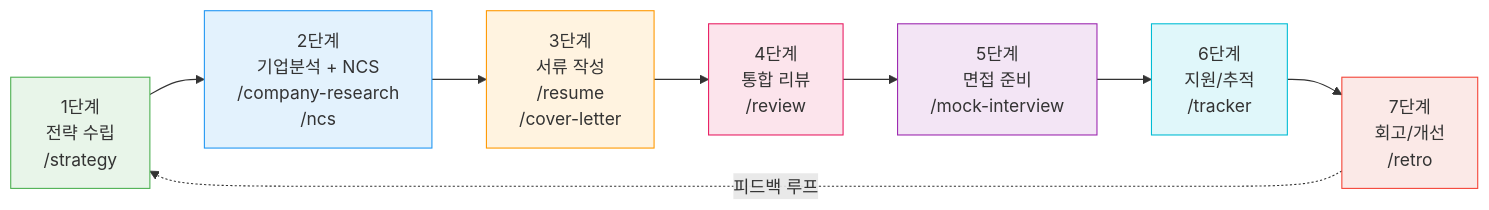
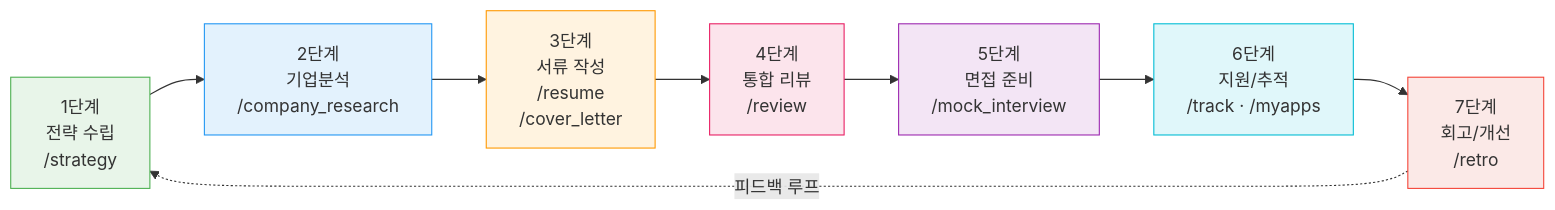
Before and after one commit to wogho/jobstack: the second of 3 diagrams in README.md, drawn with Mermaid. The commit also changed other lines of this file and 5 other files, not shown here.

First line of the commit message:
fix(skills): 리뷰 반영 — mock-interview 잔존 표기·README 명령 정책 정합·표기 lint 신설

````diff
--- a/README.md
+++ b/README.md
@@ -70,18 +70,18 @@
 ```mermaid
 graph LR
-    A["1단계<br/>전략 수립<br/>/strategy"]:::s1 --> B["2단계<br/>기업분석 + NCS<br/>/company-research<br/>/ncs"]:::s2
-    B --> C["3단계<br/>서류 작성<br/>/resume<br/>/cover-letter"]:::s3
+    A["1단계<br/>전략 수립<br/>/strategy"]:::s1 --> B["2단계<br/>기업분석<br/>/company_research"]:::s2
+    B --> C["3단계<br/>서류 작성<br/>/resume<br/>/cover_letter"]:::s3
     C --> D["4단계<br/>통합 리뷰<br/>/review"]:::s4
-    D --> E["5단계<br/>면접 준비<br/>/mock-interview"]:::s5
-    E --> F["6단계<br/>지원/추적<br/>/tracker"]:::s6
+    D --> E["5단계<br/>면접 준비<br/>/mock_interview"]:::s5
+    E --> F["6단계<br/>지원/추적<br/>/track · /myapps"]:::s6
     F --> G["7단계<br/>회고/개선<br/>/retro"]:::s7
     G -.-> |"피드백 루프"| A
 
     classDef s1 fill:#E8F5E9,stroke:#4CAF50
     classDef s2 fill:#E3F2FD,stroke:#2196F3
     classDef s3 fill:#FFF3E0,stroke:#FF9800
     classDef s4 fill:#FCE4EC,stroke:#E91E63
     classDef s5 fill:#F3E5F5,stroke:#9C27B0
     classDef s6 fill:#E0F7FA,stroke:#00BCD4
     classDef s7 fill:#FBE9E7,stroke:#F44336
 ```
````
